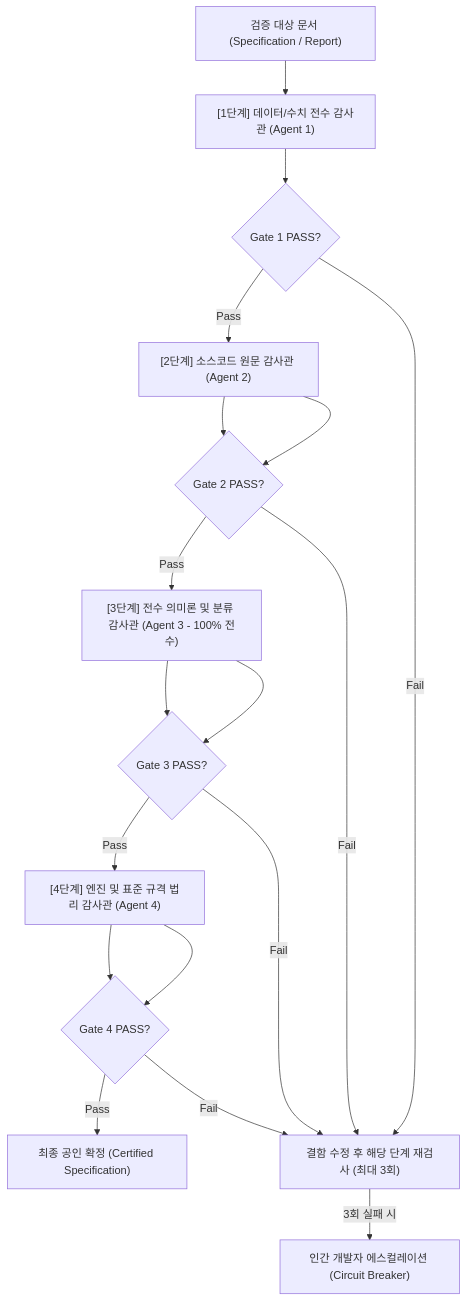
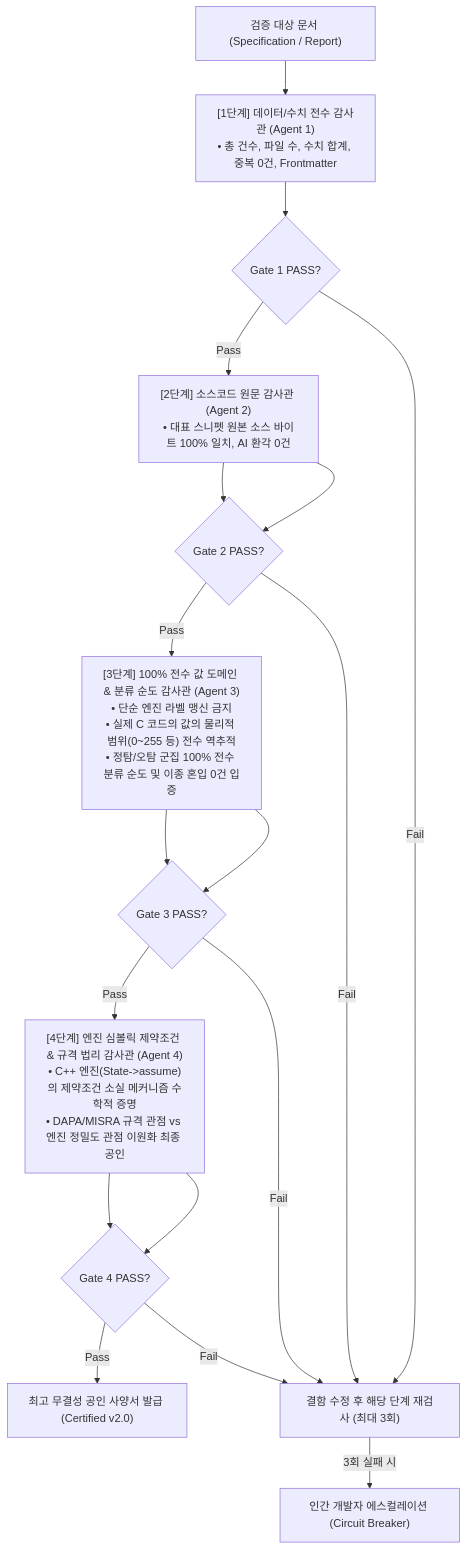
The diagram in ai_agent_refs/Independent_Audit_Protocol_Guidelines.md (jin20203458/Obsidian.Agent), drawn with Mermaid before and after one commit. The commit also changed other lines of this file, not shown here.

````diff
--- a/ai_agent_refs/Independent_Audit_Protocol_Guidelines.md
+++ b/ai_agent_refs/Independent_Audit_Protocol_Guidelines.md
@@ -34,34 +32,34 @@
 ```mermaid
 flowchart TD
     Doc["검증 대상 문서 (Specification / Report)"]
 
-    Stage1["[1단계] 데이터/수치 전수 감사관 (Agent 1)"]
+    Stage1["[1단계] 데이터/수치 전수 감사관 (Agent 1)<br>• 총 건수, 파일 수, 수치 합계, 중복 0건, Frontmatter"]
     Gate1{"Gate 1 PASS?"}
     
-    Stage2["[2단계] 소스코드 원문 감사관 (Agent 2)"]
+    Stage2["[2단계] 소스코드 원문 감사관 (Agent 2)<br>• 대표 스니펫 원본 소스 바이트 100% 일치, AI 환각 0건"]
     Gate2{"Gate 2 PASS?"}
 
-    Stage3["[3단계] 전수 의미론 및 분류 감사관 (Agent 3 - 100% 전수)"]
+    Stage3["[3단계] 100% 전수 값 도메인 & 분류 순도 감사관 (Agent 3)<br>• 단순 엔진 라벨 맹신 금지<br>• 실제 C 코드의 값의 물리적 범위(0~255 등) 전수 역추적<br>• 정탐/오탐 군집 100% 전수 분류 순도 및 이종 혼입 0건 입증"]
     Gate3{"Gate 3 PASS?"}
 
-    Stage4["[4단계] 엔진 및 표준 규격 법리 감사관 (Agent 4)"]
+    Stage4["[4단계] 엔진 심볼릭 제약조건 & 규격 법리 감사관 (Agent 4)<br>• C++ 엔진(State->assume)의 제약조건 소실 메커니즘 수학적 증명<br>• DAPA/MISRA 규격 관점 vs 엔진 정밀도 관점 이원화 최종 공인"]
     Gate4{"Gate 4 PASS?"}
 
-    FinalPass["최종 공인 확정 (Certified Specification)"]
+    FinalPass["최고 무결성 공인 사양서 발급 (Certified v2.0)"]
     FailRollback["결함 수정 후 해당 단계 재검사 (최대 3회)"]
     Escalate["인간 개발자 에스컬레이션 (Circuit Breaker)"]
 
     Doc --> Stage1 --> Gate1
     Gate1 -- Pass --> Stage2 --> Gate2
     Gate1 -- Fail --> FailRollback
     Stage2 --> Gate2
     Gate2 -- Pass --> Stage3 --> Gate3
     Gate2 -- Fail --> FailRollback
     Stage3 --> Gate3
     Gate3 -- Pass --> Stage4 --> Gate4
     Gate3 -- Fail --> FailRollback
     Stage4 --> Gate4
     Gate4 -- Pass --> FinalPass
     Gate4 -- Fail --> FailRollback
     FailRollback -- 3회 실패 시 --> Escalate
 ```
````
